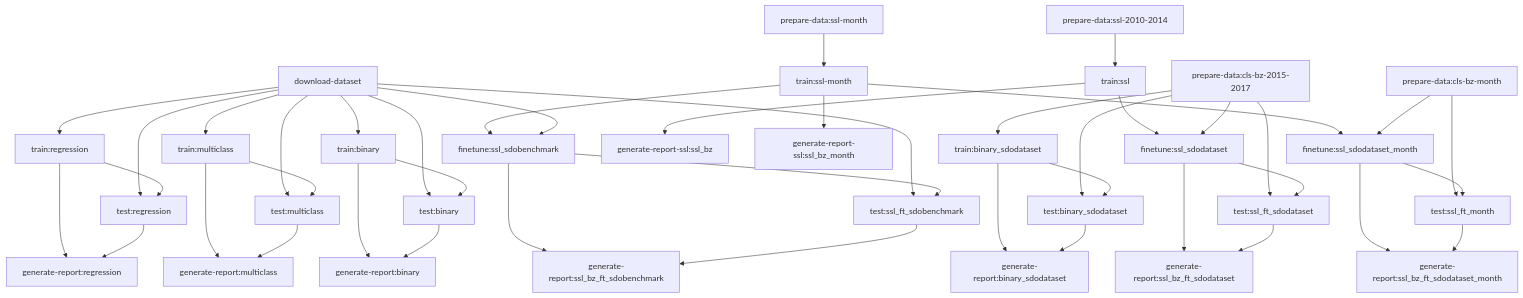
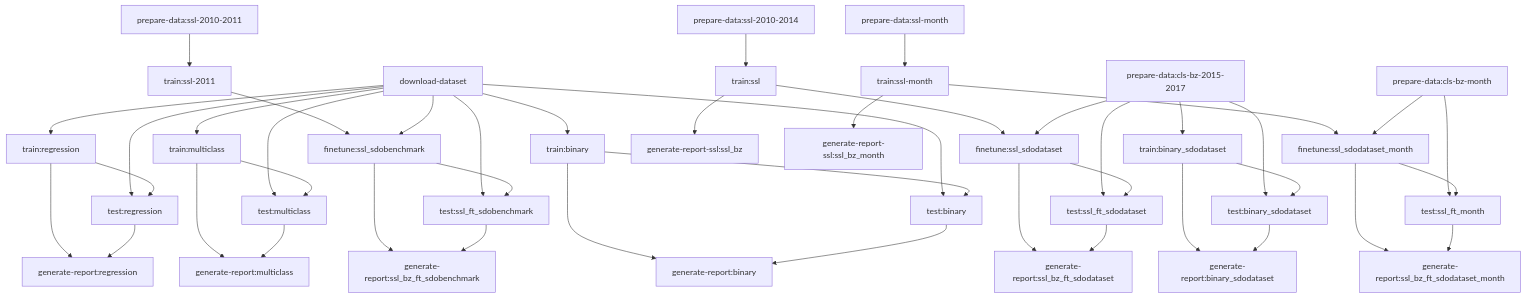
One commit to jdonzallaz/solarnet changed the diagram in models/pipeline.md. Above: the diagram before and after it, drawn with Mermaid. The commit also changed 38 other files, not shown here.

````diff
--- a/models/pipeline.md
+++ b/models/pipeline.md
@@ -2,45 +2,46 @@
 ```mermaid
 graph TD;
 download-dataset --> train:binary
 download-dataset --> train:multiclass
 download-dataset --> train:regression
 prepare-data:cls-bz-2015-2017 --> train:binary_sdodataset
 prepare-data:ssl-2010-2014 --> train:ssl
+prepare-data:ssl-2010-2011 --> train:ssl-2011
 prepare-data:ssl-month --> train:ssl-month
-train:ssl-month --> finetune:ssl_sdobenchmark
+train:ssl-2011 --> finetune:ssl_sdobenchmark
 download-dataset --> finetune:ssl_sdobenchmark
 train:ssl --> finetune:ssl_sdodataset
 prepare-data:cls-bz-2015-2017 --> finetune:ssl_sdodataset
 train:ssl-month --> finetune:ssl_sdodataset_month
 prepare-data:cls-bz-month --> finetune:ssl_sdodataset_month
 download-dataset --> test:binary
 train:binary --> test:binary
 download-dataset --> test:multiclass
 train:multiclass --> test:multiclass
 download-dataset --> test:regression
 train:regression --> test:regression
 prepare-data:cls-bz-2015-2017 --> test:binary_sdodataset
 train:binary_sdodataset --> test:binary_sdodataset
 download-dataset --> test:ssl_ft_sdobenchmark
 finetune:ssl_sdobenchmark --> test:ssl_ft_sdobenchmark
 prepare-data:cls-bz-2015-2017 --> test:ssl_ft_sdodataset
 finetune:ssl_sdodataset --> test:ssl_ft_sdodataset
 prepare-data:cls-bz-month --> test:ssl_ft_month
 finetune:ssl_sdodataset_month --> test:ssl_ft_month
 train:binary --> generate-report:binary
 test:binary --> generate-report:binary
 train:multiclass --> generate-report:multiclass
 test:multiclass --> generate-report:multiclass
 train:regression --> generate-report:regression
 test:regression --> generate-report:regression
 train:binary_sdodataset --> generate-report:binary_sdodataset
 test:binary_sdodataset --> generate-report:binary_sdodataset
 finetune:ssl_sdobenchmark --> generate-report:ssl_bz_ft_sdobenchmark
 test:ssl_ft_sdobenchmark --> generate-report:ssl_bz_ft_sdobenchmark
 finetune:ssl_sdodataset --> generate-report:ssl_bz_ft_sdodataset
 test:ssl_ft_sdodataset --> generate-report:ssl_bz_ft_sdodataset
 finetune:ssl_sdodataset_month --> generate-report:ssl_bz_ft_sdodataset_month
 test:ssl_ft_month --> generate-report:ssl_bz_ft_sdodataset_month
 train:ssl --> generate-report-ssl:ssl_bz
 train:ssl-month --> generate-report-ssl:ssl_bz_month
 ```
````
